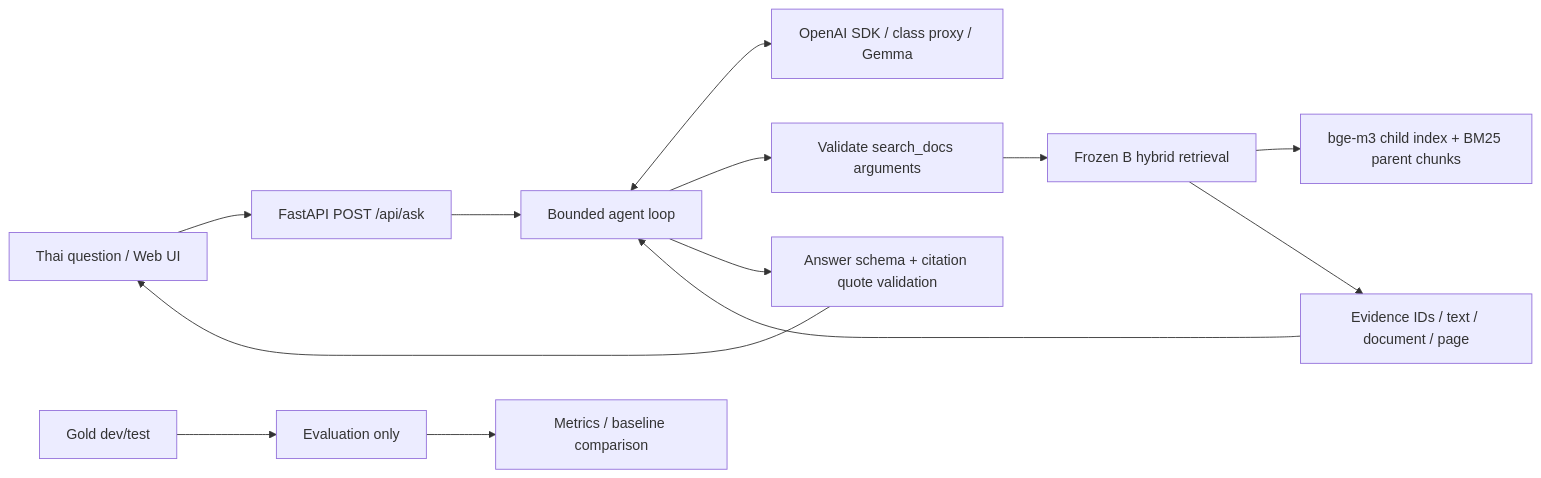
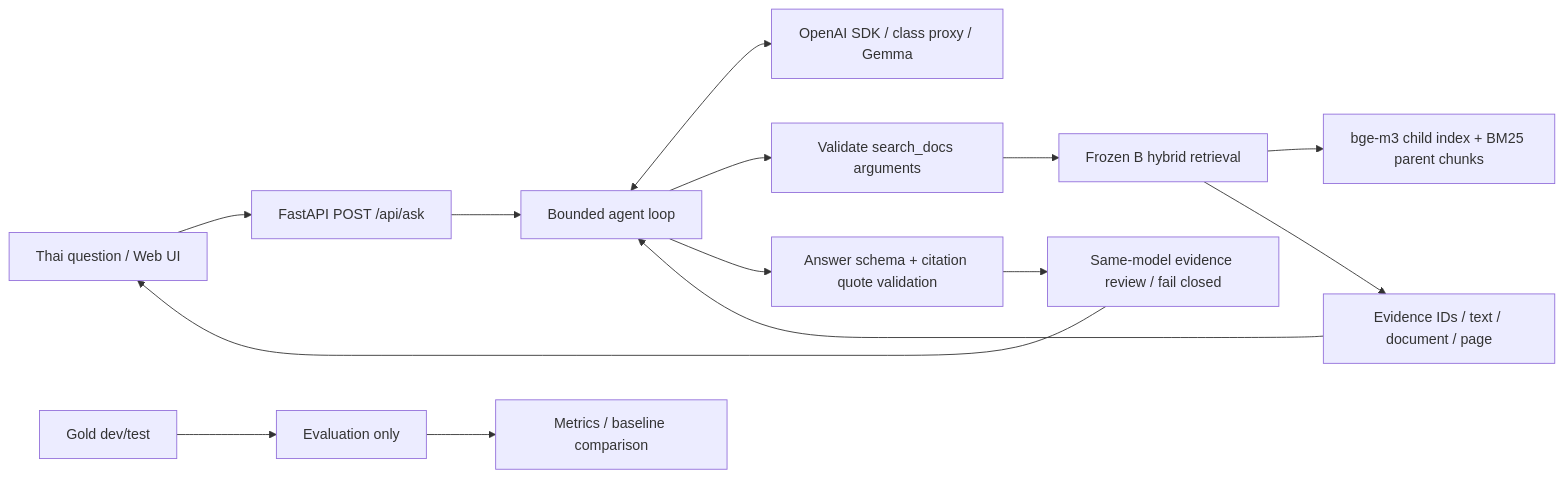
Before and after one commit to Up2mEz/LLM-APP-END2END: the diagram in README.md, drawn with Mermaid. The commit also changed other lines of this file and 33 other files, not shown here.

````diff
--- a/README.md
+++ b/README.md
@@ -73,15 +73,16 @@
 ```mermaid
 flowchart LR
     U[Thai question / Web UI] --> API[FastAPI POST /api/ask]
     API --> A[Bounded agent loop]
     A <--> G[OpenAI SDK / class proxy / Gemma]
     A --> V[Validate search_docs arguments]
     V --> R[Frozen B hybrid retrieval]
     R --> I[bge-m3 child index + BM25 parent chunks]
     R --> E[Evidence IDs / text / document / page]
     E --> A
     A --> C[Answer schema + citation quote validation]
-    C --> U
+    C --> V2[Same-model evidence review / fail closed]
+    V2 --> U
     GOLD[Gold dev/test] --> EV[Evaluation only]
     EV --> M[Metrics / baseline comparison]
 ```
````
